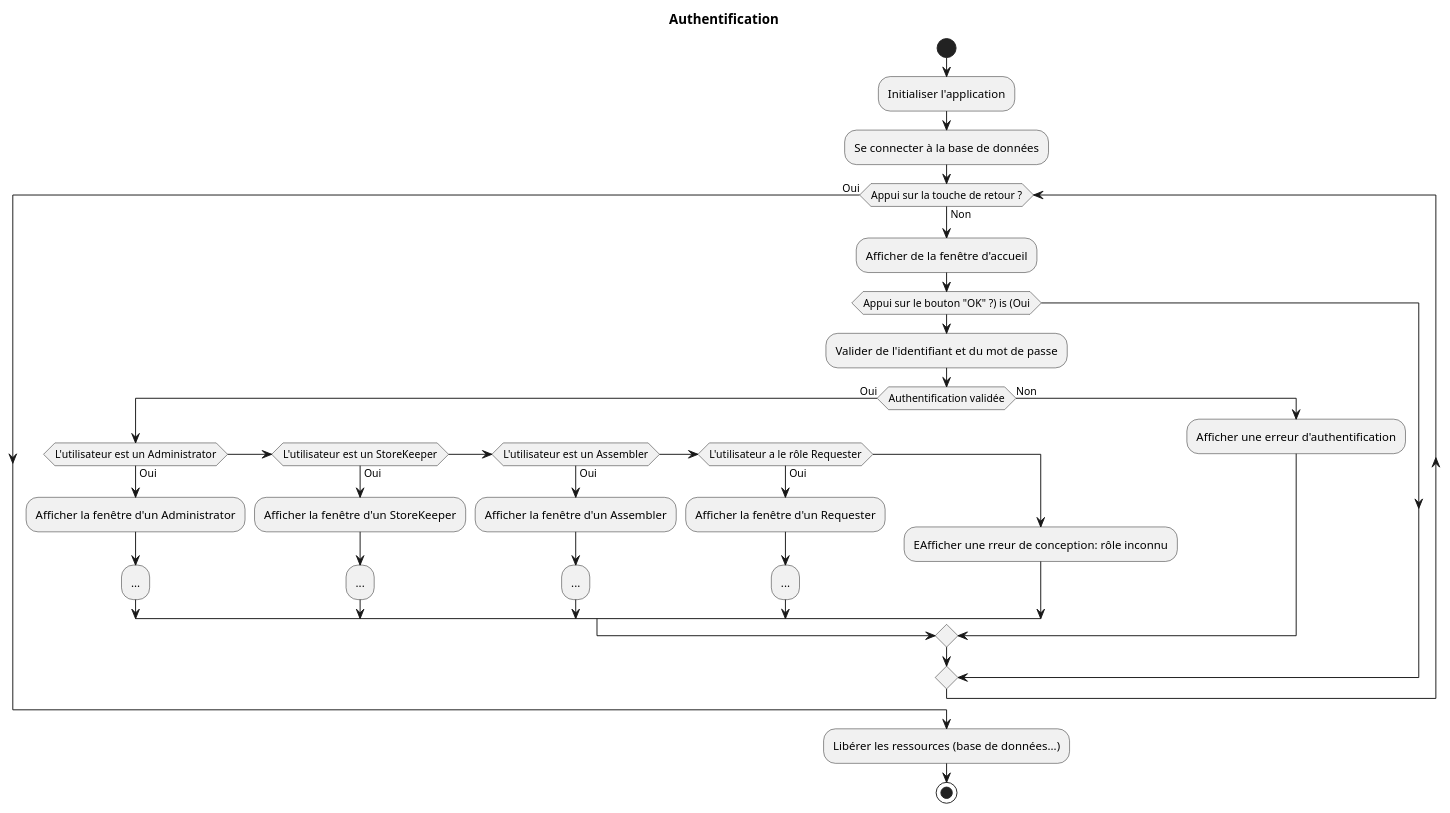
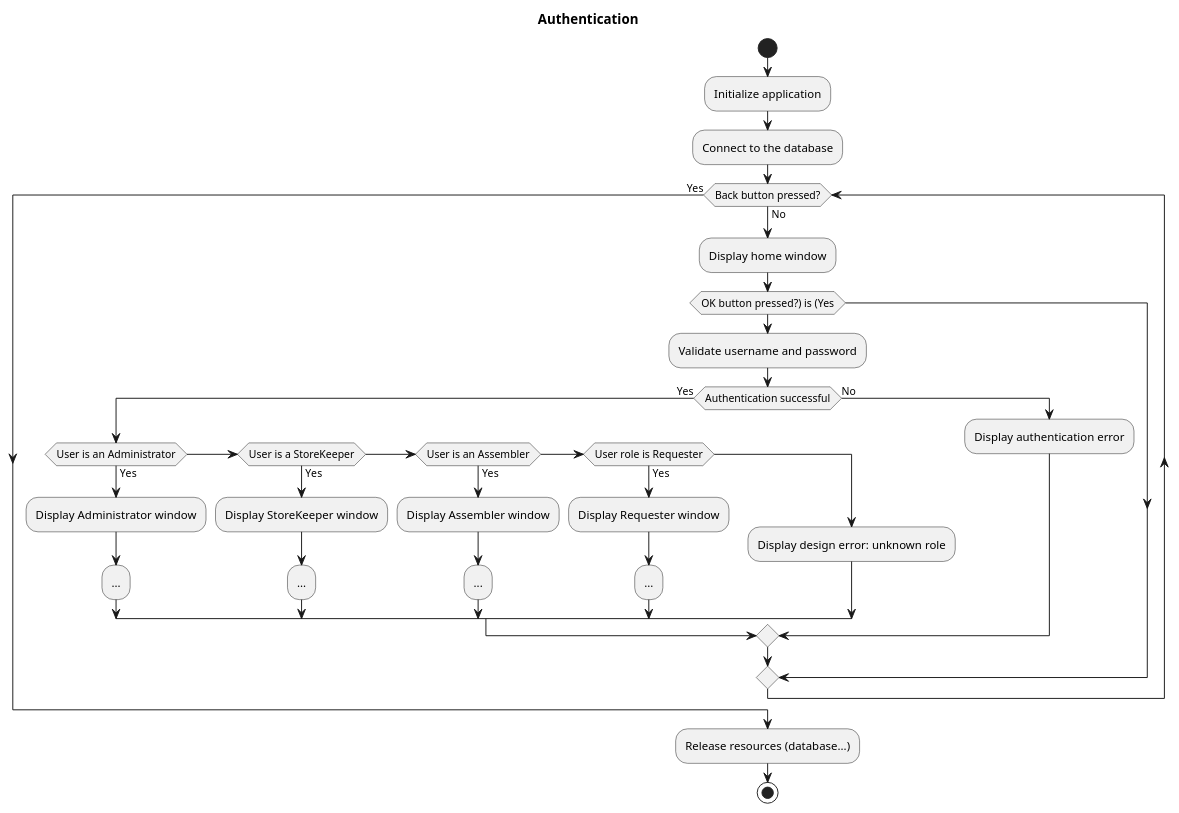
Before and after one commit to Yorkchk/PC_sur_mesure_Mobile_app: the sixth of 15 diagrams in README.md, drawn with PlantUML. The commit also changed other lines of this file, not shown here.

````diff
--- a/README.md
+++ b/README.md
@@ -215,43 +192,45 @@
+```plantuml
 @startuml
-    title Authentification
+title Authentication
 
-    start
-        :Initialiser l'application;
+start
+    :Initialize application;
 
-        :Se connecter à la base de données;
-            
-        while (Appui sur la touche de retour ?) is (Non) 
-            :Afficher de la fenêtre d'accueil;
-        
-            if (Appui sur le bouton "OK" ?) is (Oui)
-                :Valider de l'identifiant et du mot de passe;
-        
-                if (Authentification validée) then (Oui)
-                    If (L'utilisateur est un Administrator) then (Oui)
-                        :Afficher la fenêtre d'un Administrator;
+    :Connect to the database;
 
-                        :...;
-                    elseif (L'utilisateur est un StoreKeeper) then (Oui)
-                        :Afficher la fenêtre d'un StoreKeeper;
+    while (Back button pressed?) is (No)
+        :Display home window;
 
-                        :...;
-                    elseif (L'utilisateur est un Assembler) then (Oui)
-                        :Afficher la fenêtre d'un Assembler;
+        if (OK button pressed?) is (Yes)
+            :Validate username and password;
 
-                        :...;
-                    elseif (L'utilisateur a le rôle Requester) then (Oui)
-                        :Afficher la fenêtre d'un Requester;
+            if (Authentication successful) then (Yes)
+                If (User is an Administrator) then (Yes)
+                    :Display Administrator window;
 
-                        :...;
-                    else
-                    :EAfficher une rreur de conception: rôle inconnu;
-                    endif
-                else (Non)
-                    :Afficher une erreur d'authentification;
+                    :...;
+                elseif (User is a StoreKeeper) then (Yes)
+                    :Display StoreKeeper window;
+
+                    :...;
+                elseif (User is an Assembler) then (Yes)
+                    :Display Assembler window;
+
+                    :...;
+                elseif (User role is Requester) then (Yes)
+                    :Display Requester window;
+
+                    :...;
+                else
+                    :Display design error: unknown role;
                 endif
+            else (No)
+                :Display authentication error;
             endif
-        endwhile (Oui)
+        endif
+    endwhile (Yes)
 
-        :Libérer les ressources (base de données...);
-    stop
+    :Release resources (database...);
+stop
 @enduml
+```
````
